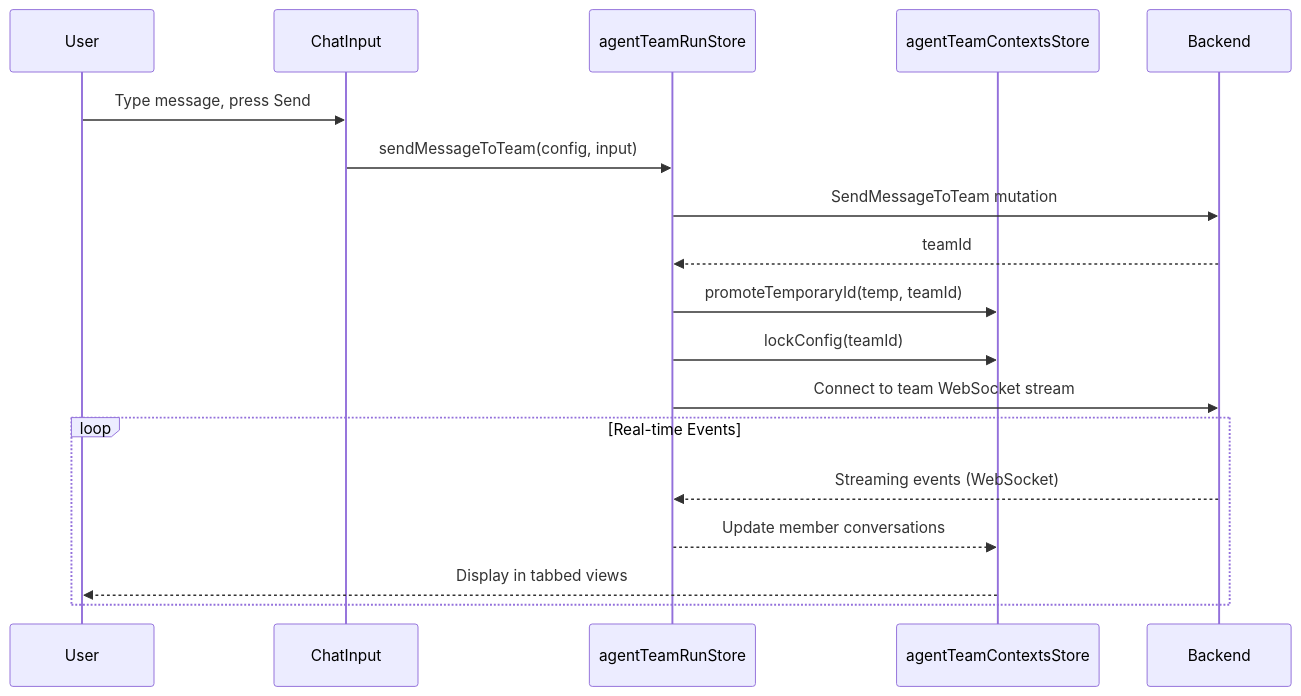
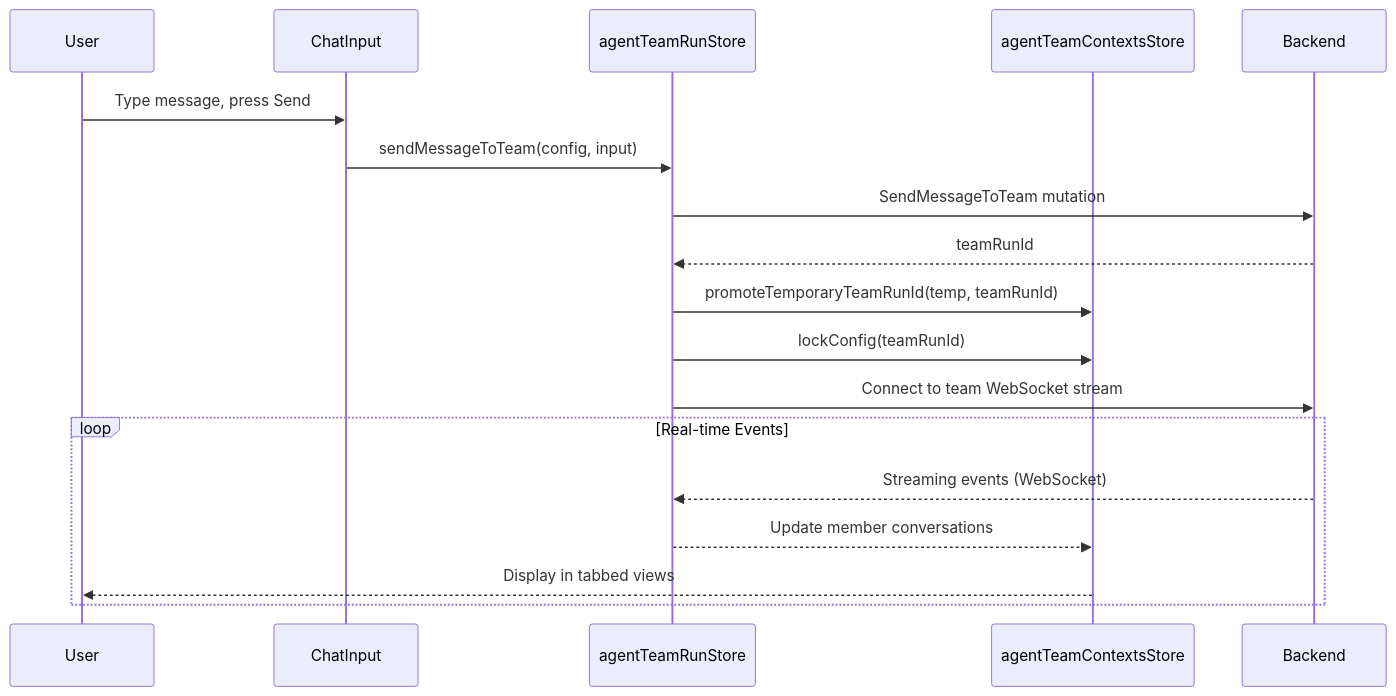
One commit to AutoByteus/autobyteus-workspace changed the fourth of 4 diagrams in autobyteus-web/docs/agent_teams.md. Above: the diagram before and after it, drawn with Mermaid. The commit also changed other lines of this file and 87 other files, not shown here.

````diff
--- a/autobyteus-web/docs/agent_teams.md
+++ b/autobyteus-web/docs/agent_teams.md
@@ -292,22 +292,22 @@
 ```mermaid
 sequenceDiagram
     participant User
     participant ChatInput
     participant RunStore as agentTeamRunStore
     participant ContextsStore as agentTeamContextsStore
     participant Backend
 
     User->>ChatInput: Type message, press Send
     ChatInput->>RunStore: sendMessageToTeam(config, input)
     RunStore->>Backend: SendMessageToTeam mutation
-    Backend-->>RunStore: teamId
-    RunStore->>ContextsStore: promoteTemporaryId(temp, teamId)
-    RunStore->>ContextsStore: lockConfig(teamId)
+    Backend-->>RunStore: teamRunId
+    RunStore->>ContextsStore: promoteTemporaryTeamRunId(temp, teamRunId)
+    RunStore->>ContextsStore: lockConfig(teamRunId)
     RunStore->>Backend: Connect to team WebSocket stream
 
     loop Real-time Events
         Backend-->>RunStore: Streaming events (WebSocket)
         RunStore-->>ContextsStore: Update member conversations
         ContextsStore-->>User: Display in tabbed views
     end
 ```
````
